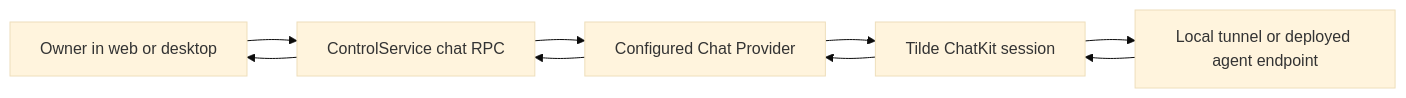
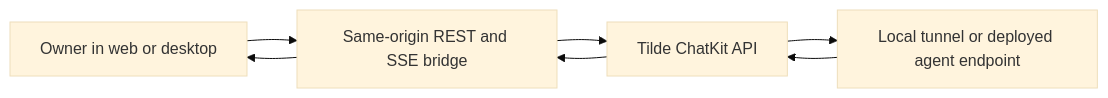
The diagram in docs/adrs/0014-owner-chat-control-api.md (trytilde/dispatch), drawn with Mermaid (base theme) before and after one commit. The commit also changed other lines of this file and 100 other files, not shown here.

Commit message:
refactor(core)!: collapse providers and owner RPC

````diff
--- a/docs/adrs/0014-owner-chat-control-api.md
+++ b/docs/adrs/0014-owner-chat-control-api.md
@@ -27,11 +24,9 @@
 ```mermaid
 flowchart LR
-  O["Owner in web or desktop"] --> C["ControlService chat RPC"]
-  C --> P["Configured Chat Provider"]
-  P --> T["Tilde ChatKit session"]
+  O["Owner in web or desktop"] --> C["Same-origin REST and SSE bridge"]
+  C --> T["Tilde ChatKit API"]
   T --> A["Local tunnel or deployed agent endpoint"]
   A --> T
-  T --> P
-  P --> C
+  T --> C
   C --> O
 ```
````
